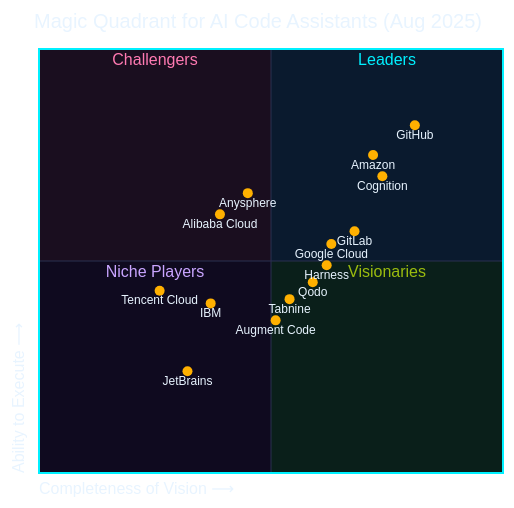
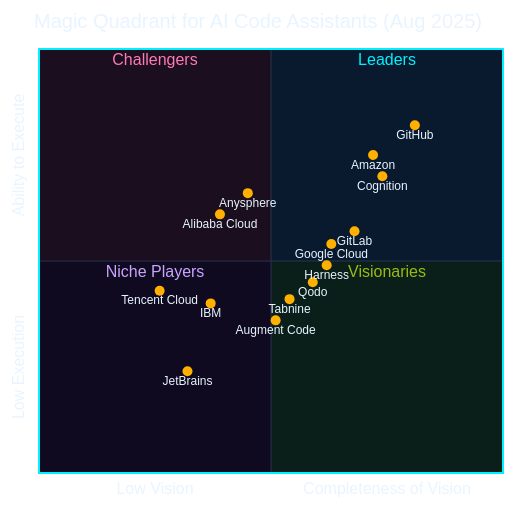
Before and after one commit to theomonfort/theomonfort: the third of 3 diagrams in src/content/glossary/github.md, drawn with Mermaid. The commit also changed other lines of this file and 10 other files, not shown here.

````diff
--- a/src/content/glossary/github.md
+++ b/src/content/glossary/github.md
@@ -122,45 +91,25 @@
 ```mermaid
----
-config:
-  theme: base
-  themeVariables:
-    fontSize: "16px"
-    quadrant1Fill: "#0a1a2e"
-    quadrant2Fill: "#1a0e1f"
-    quadrant3Fill: "#0f0a1f"
-    quadrant4Fill: "#0a1f1a"
-    quadrant1TextFill: "#00f0ff"
-    quadrant2TextFill: "#ff7ab2"
-    quadrant3TextFill: "#c9a5ff"
-    quadrant4TextFill: "#9bbc0f"
-    quadrantTitleFill: "#e8f4ff"
-    quadrantPointFill: "#ffb000"
-    quadrantPointTextFill: "#e8f4ff"
-    quadrantXAxisTextFill: "#e8f4ff"
-    quadrantYAxisTextFill: "#e8f4ff"
-    quadrantInternalBorderStrokeFill: "#2a3050"
-    quadrantExternalBorderStrokeFill: "#00f0ff"
----
+%%{init: {"theme":"base","themeVariables":{"quadrant1Fill":"#0a1a2e","quadrant2Fill":"#1a0e1f","quadrant3Fill":"#0f0a1f","quadrant4Fill":"#0a1f1a","quadrant1TextFill":"#00f0ff","quadrant2TextFill":"#ff7ab2","quadrant3TextFill":"#c9a5ff","quadrant4TextFill":"#9bbc0f","quadrantTitleFill":"#e8f4ff","quadrantPointFill":"#ffb000","quadrantPointTextFill":"#e8f4ff","quadrantXAxisTextFill":"#e8f4ff","quadrantYAxisTextFill":"#e8f4ff","quadrantInternalBorderStrokeFill":"#2a3050","quadrantExternalBorderStrokeFill":"#00f0ff"}}}%%
 quadrantChart
     title Magic Quadrant for AI Code Assistants (Aug 2025)
-    x-axis Completeness of Vision -->
-    y-axis Ability to Execute -->
+    x-axis Low Vision --> Completeness of Vision
+    y-axis Low Execution --> Ability to Execute
     quadrant-1 Leaders
     quadrant-2 Challengers
     quadrant-3 Niche Players
     quadrant-4 Visionaries
     GitHub: [0.81, 0.82]
     Amazon: [0.72, 0.75]
     Cognition: [0.74, 0.70]
     GitLab: [0.68, 0.57]
     Google Cloud: [0.63, 0.54]
     Harness: [0.62, 0.49]
     Qodo: [0.59, 0.45]
     Tabnine: [0.54, 0.41]
     Augment Code: [0.51, 0.36]
     Anysphere: [0.45, 0.66]
     Alibaba Cloud: [0.39, 0.61]
     Tencent Cloud: [0.26, 0.43]
     IBM: [0.37, 0.40]
     JetBrains: [0.32, 0.24]
 ```
````
